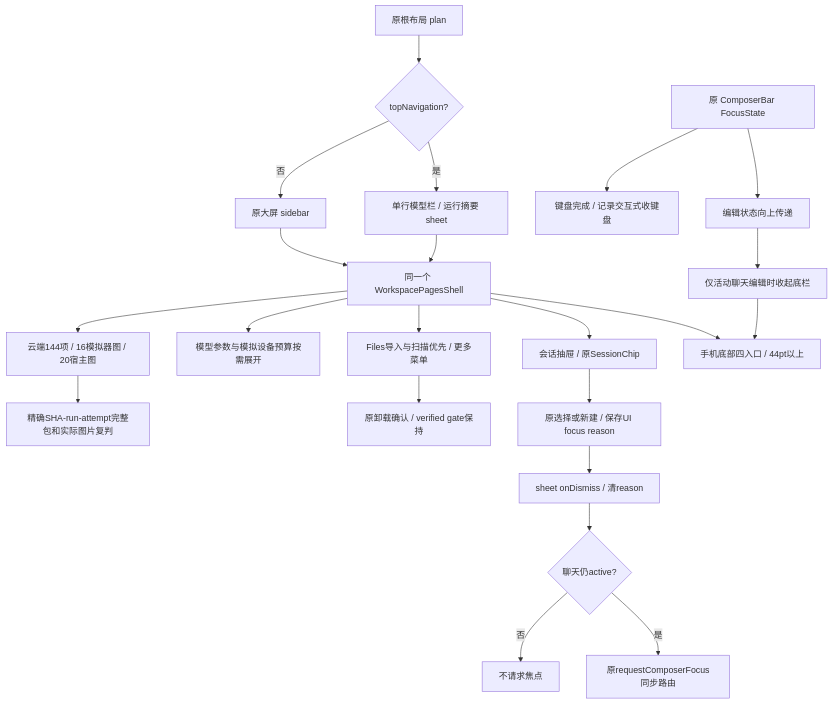
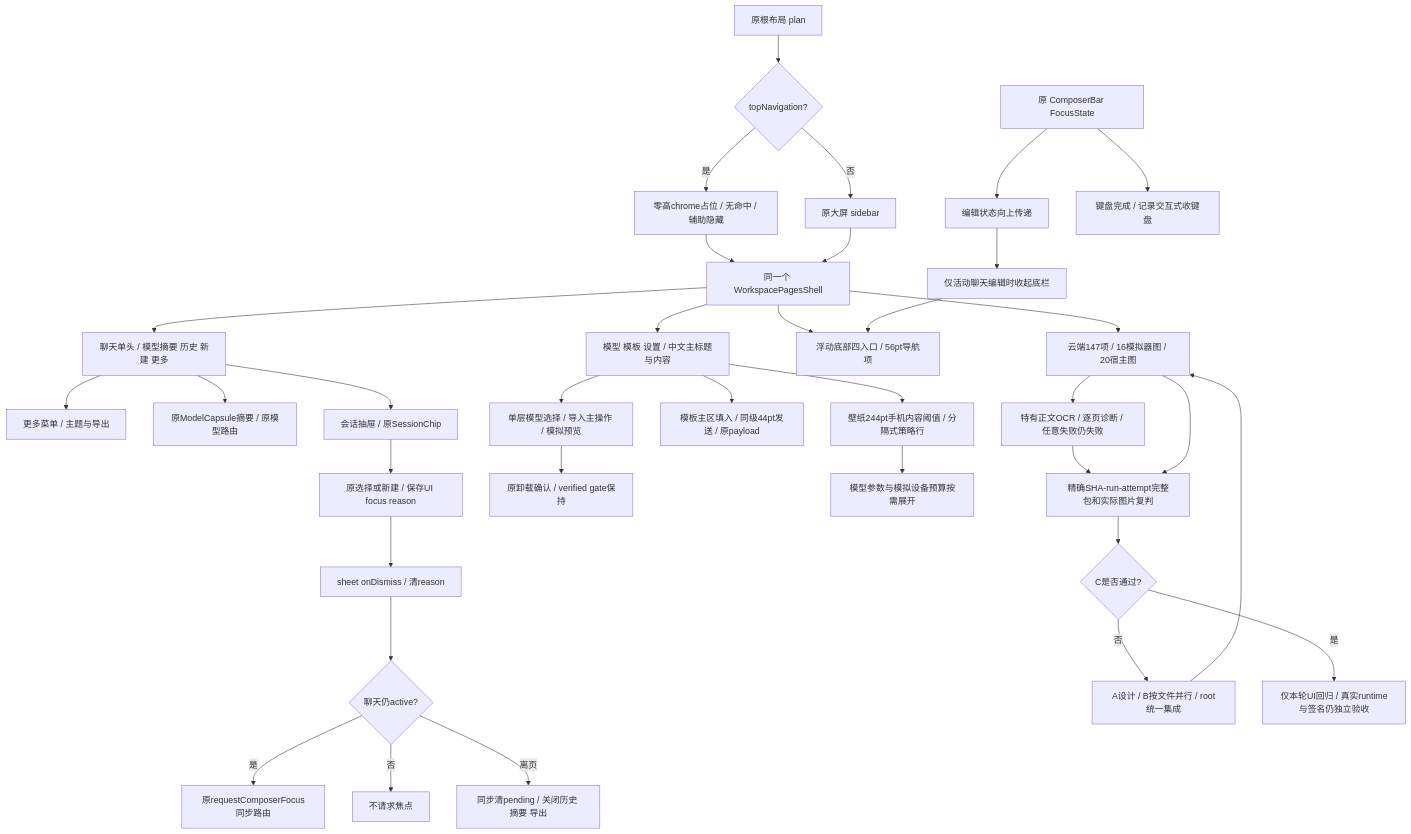
Before and after one commit to Altman-sam114/113: the first of 26 diagrams in md/flow/flowchart.md, drawn with Mermaid. The commit also changed other lines of this file and 20 other files, not shown here.

````diff
--- a/md/flow/flowchart.md
+++ b/md/flow/flowchart.md
@@ -7,28 +7,42 @@
 ```mermaid
 flowchart TD
     %% 不引入第二套根断点，不重建四页
     Root[原根布局 plan] --> Compact{topNavigation?}
-    Compact -- 是 --> Header[单行模型栏 / 运行摘要 sheet]
+    Compact -- 是 --> Empty[零高chrome占位 / 无命中 / 辅助隐藏]
     Compact -- 否 --> Sidebar[原大屏 sidebar]
-    Header --> Pages[同一个 WorkspacePagesShell]
+    Empty --> Pages[同一个 WorkspacePagesShell]
     Sidebar --> Pages
-    Pages --> Nav[手机底部四入口 / 44pt以上]
+    Pages --> Chat[聊天单头 / 模型摘要 历史 新建 更多]
+    Pages --> Other[模型 模板 设置 / 中文主标题与内容]
+    Chat --> More[更多菜单 / 主题与导出]
+    Chat --> Summary[原ModelCapsule摘要 / 原模型路由]
+    Pages --> Nav[浮动底部四入口 / 56pt导航项]
     %% 只读编辑反馈控制底栏，原同步聚焦保持
     Focus[原 ComposerBar FocusState] --> Editing[编辑状态向上传递]
     Editing --> NavRule[仅活动聊天编辑时收起底栏]
     NavRule --> Nav
     Focus --> Dismiss[键盘完成 / 记录交互式收键盘]
     %% sheet 关闭后才请求聚焦，不跨越活动态边界
-    Pages --> History[会话抽屉 / 原SessionChip]
+    Chat --> History[会话抽屉 / 原SessionChip]
     History --> Select[原选择或新建 / 保存UI focus reason]
     Select --> Closed[sheet onDismiss / 清reason]
     Closed --> Active{聊天仍active?}
     Active -- 是 --> Request[原requestComposerFocus同步路由]
     Active -- 否 --> None[不请求焦点]
+    Active -- 离页 --> Clear[同步清pending / 关闭历史 摘要 导出]
     %% 渐进披露不改模型文件与runtime门禁
-    Pages --> Files[Files导入与扫描优先 / 更多菜单]
+    Other --> Files[单层模型选择 / 导入主操作 / 模拟预览]
     Files --> Confirm[原卸载确认 / verified gate保持]
-    Pages --> Detail[模型参数与模拟设备预算按需展开]
-    Pages --> Cloud[云端144项 / 16模拟器图 / 20宿主图]
+    Other --> Prompt[模板主区填入 / 同级44pt发送 / 原payload]
+    Other --> Settings[壁纸244pt手机内容阈值 / 分隔式策略行]
+    Settings --> Detail[模型参数与模拟设备预算按需展开]
+    %% 并行实施统一提交，所有重验证只在真实云端
+    Parallel[A设计 / B按文件并行 / root统一集成] --> Cloud[云端147项 / 16模拟器图 / 20宿主图]
+    Pages --> Cloud
+    Cloud --> OCR[特有正文OCR / 逐页诊断 / 任意失败仍失败]
+    OCR --> Review
     Cloud --> Review[精确SHA-run-attempt完整包和实际图片复判]
+    Review --> Result{C是否通过?}
+    Result -- 否 --> Parallel
+    Result -- 是 --> Scope[仅本轮UI回归 / 真实runtime与签名仍独立验收]
 ```
````
